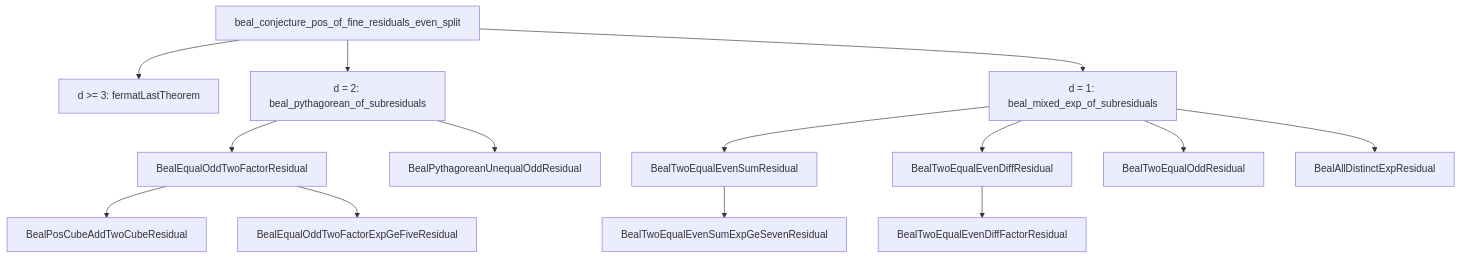
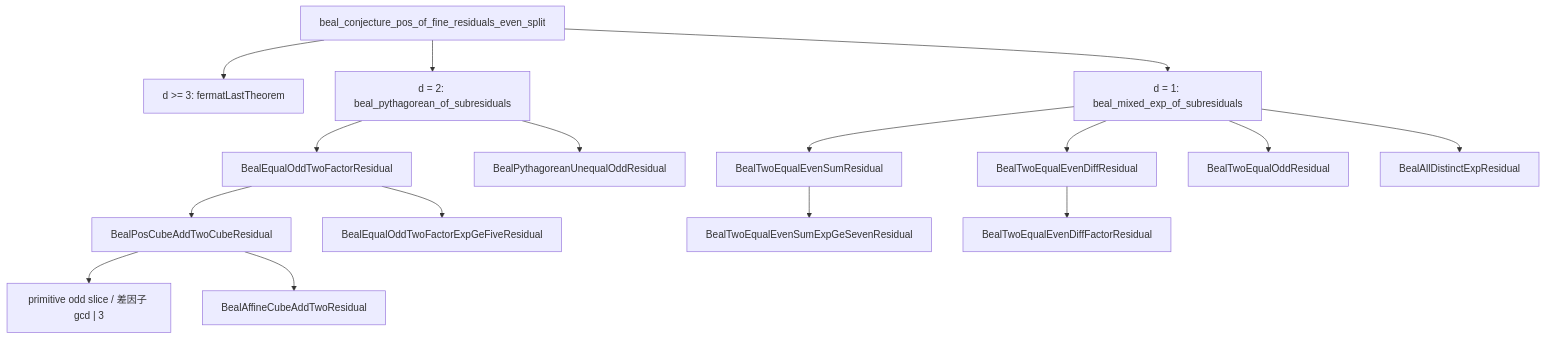
Before and after one commit to hypernumbernet/DstDiophantine: the diagram in DstDiophantine優先度ランキング.md, drawn with Mermaid. The commit also changed other lines of this file and 10 other files, not shown here.

````diff
--- a/DstDiophantine優先度ランキング.md
+++ b/DstDiophantine優先度ランキング.md
@@ -84,30 +99,34 @@
 ```mermaid
 flowchart TB
   assembly["beal_conjecture_pos_of_fine_residuals_even_split"]
   dge3["d >= 3: fermatLastTheorem"]
   d2["d = 2: beal_pythagorean_of_subresiduals"]
   d1["d = 1: beal_mixed_exp_of_subresiduals"]
   eqOdd["BealEqualOddTwoFactorResidual"]
   uneq["BealPythagoreanUnequalOddResidual"]
   cube["BealPosCubeAddTwoCubeResidual"]
+  prim["primitive odd slice / 差因子 gcd | 3"]
+  aff["BealAffineCubeAddTwoResidual"]
   ge5["BealEqualOddTwoFactorExpGeFiveResidual"]
   sumRes["BealTwoEqualEvenSumResidual"]
   diffRes["BealTwoEqualEvenDiffResidual"]
   oddRes["BealTwoEqualOddResidual"]
   distRes["BealAllDistinctExpResidual"]
   sum7["BealTwoEqualEvenSumExpGeSevenResidual"]
   fac["BealTwoEqualEvenDiffFactorResidual"]
   assembly --> dge3
   assembly --> d2
   assembly --> d1
   d2 --> eqOdd
   d2 --> uneq
   eqOdd --> cube
   eqOdd --> ge5
+  cube --> prim
+  cube --> aff
   d1 --> sumRes
   d1 --> diffRes
   d1 --> oddRes
   d1 --> distRes
   sumRes --> sum7
   diffRes --> fac
 ```
````
